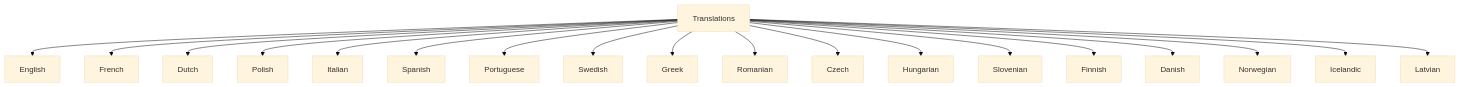
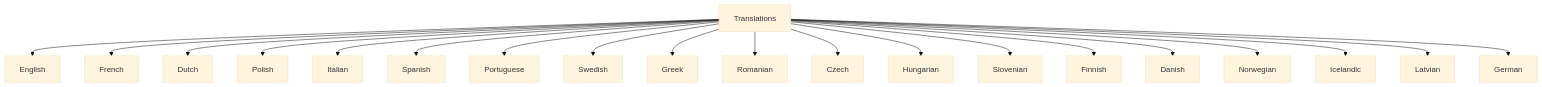
The third of 5 diagrams in DESIGN.md (xdubois-57/iwanttobe.be-paid), drawn with Mermaid (base theme) before and after one commit. The commit also changed other lines of this file and 10 other files, not shown here.

````diff
--- a/DESIGN.md
+++ b/DESIGN.md
@@ -102,21 +102,22 @@
 ```mermaid
 graph TD
     T[Translations] --> EN[English]
     T --> FR[French]
     T --> NL[Dutch]
     T --> PL[Polish]
     T --> IT[Italian]
     T --> ES[Spanish]
     T --> PT[Portuguese]
     T --> SV[Swedish]
     T --> EL[Greek]
     T --> RO[Romanian]
     T --> CS[Czech]
     T --> HU[Hungarian]
     T --> SL[Slovenian]
     T --> FI[Finnish]
     T --> DA[Danish]
     T --> NO[Norwegian]
     T --> IS[Icelandic]
     T --> LV[Latvian]
+    T --> DE[German]
 ```
````
